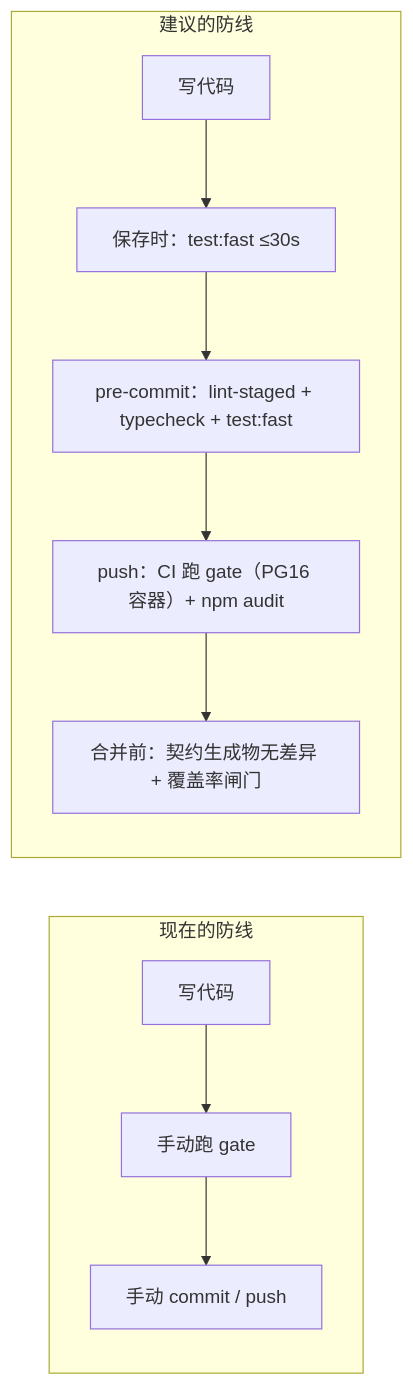
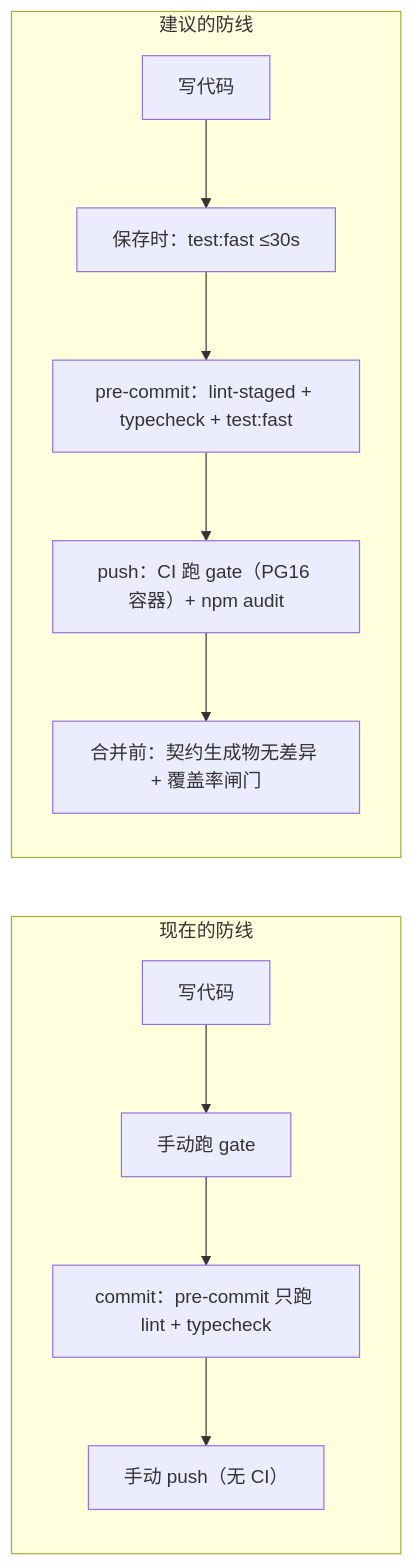
One commit to NEILXIANG/WaSelect changed the sixth of 17 diagrams in docs/基座评审报告与解决方案-2026-09-23.md. Above: the diagram before and after it, drawn with Mermaid. The commit also changed other lines of this file, not shown here.

First line of the commit message:
docs: 更正评审报告——仓库已有 pre-commit 钩子

````diff
--- a/docs/基座评审报告与解决方案-2026-09-23.md
+++ b/docs/基座评审报告与解决方案-2026-09-23.md
@@ -302,14 +302,14 @@
 ```mermaid
 flowchart LR
     subgraph NOW["现在的防线"]
       direction TB
-      n1["写代码"] --> n2["手动跑 gate"] --> n3["手动 commit / push"]
+      n1["写代码"] --> n2["手动跑 gate"] --> n3["commit：pre-commit 只跑 lint + typecheck"] --> n4["手动 push（无 CI）"]
     end
     subgraph TARGET["建议的防线"]
       direction TB
       t1["写代码"] --> t2["保存时：test:fast ≤30s"]
       t2 --> t3["pre-commit：lint-staged + typecheck + test:fast"]
       t3 --> t4["push：CI 跑 gate（PG16 容器）+ npm audit"]
       t4 --> t5["合并前：契约生成物无差异 + 覆盖率闸门"]
     end
 ```
````
